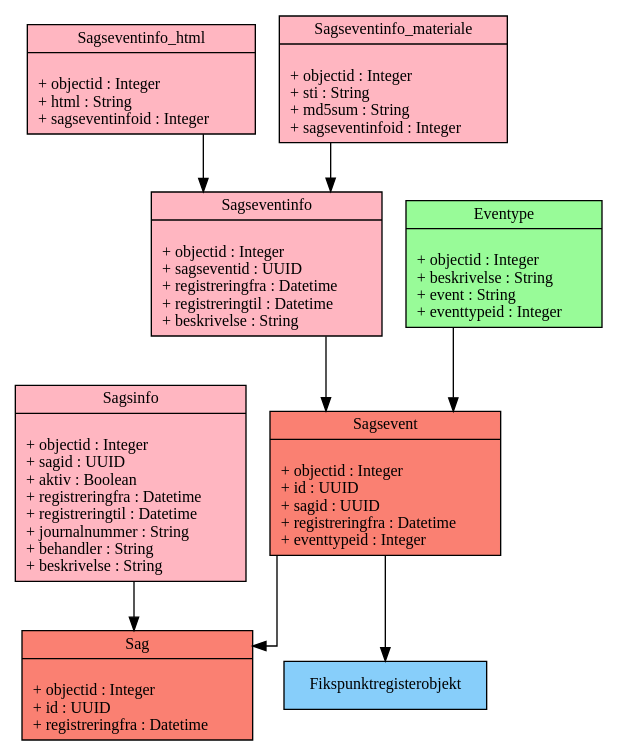
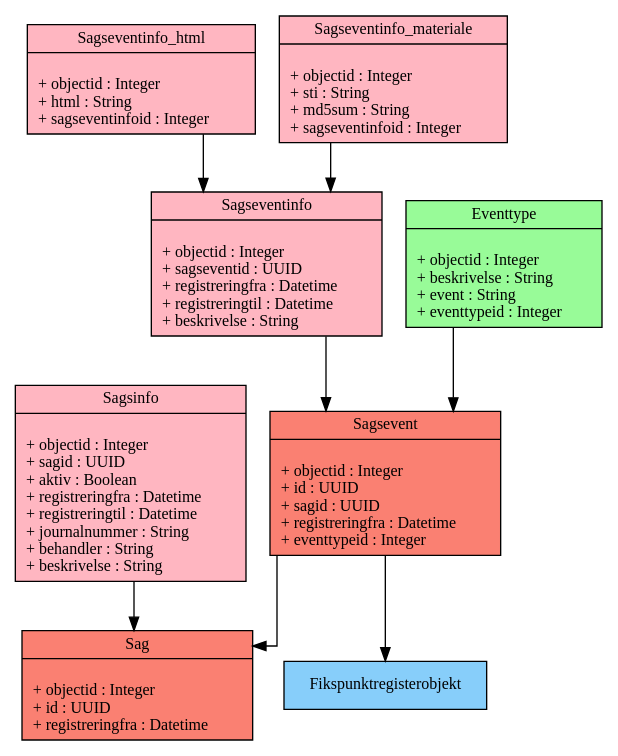
The fifth of 5 diagrams in docs/datamodel.rst (SDFIdk/FIRE), drawn with Graphviz before and after one commit.

Commit message:
Eventype -> Eventtype

```diff
--- a/docs/datamodel.rst
+++ b/docs/datamodel.rst
@@ -547,7 +547,7 @@
             Eventtype [
                 fillcolor = palegreen
                 style = filled
-                label = "{Eventype|\l
+                label = "{Eventtype|\l
                         + objectid : Integer\l
                         + beskrivelse : String\l
                         + event : String\l
```
